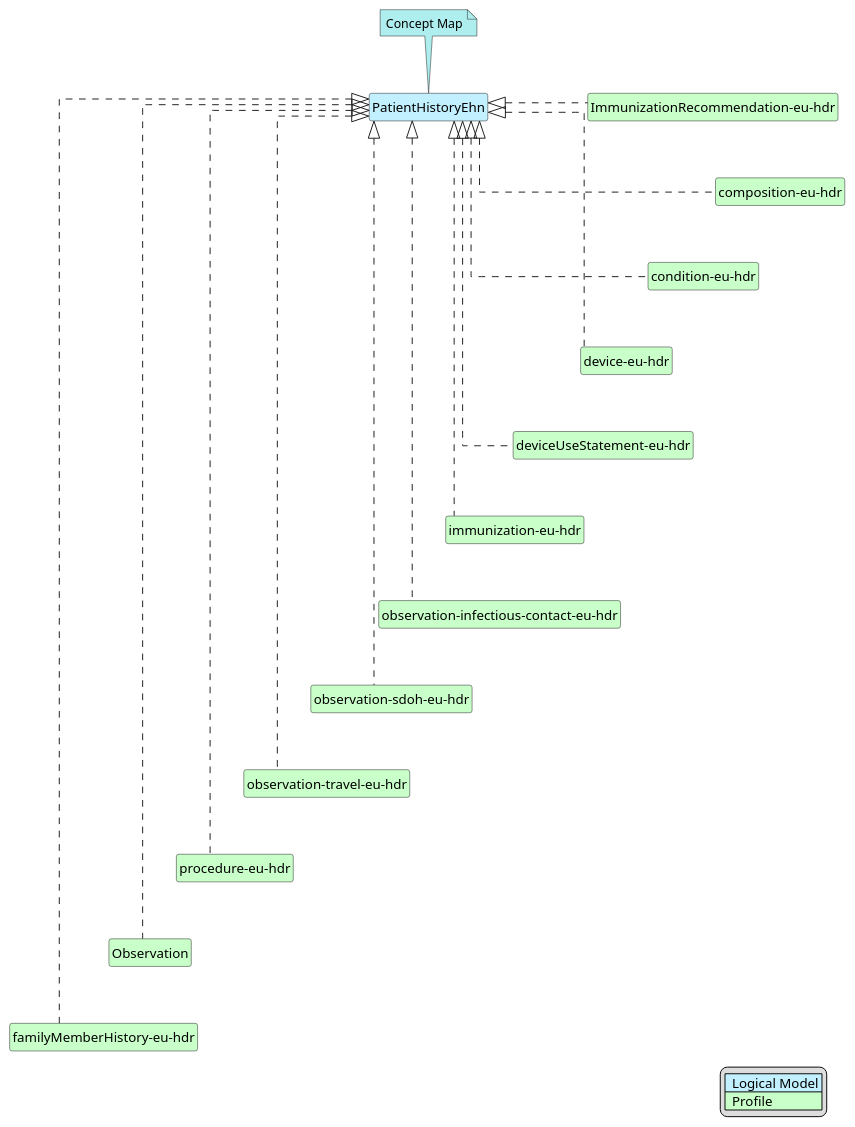
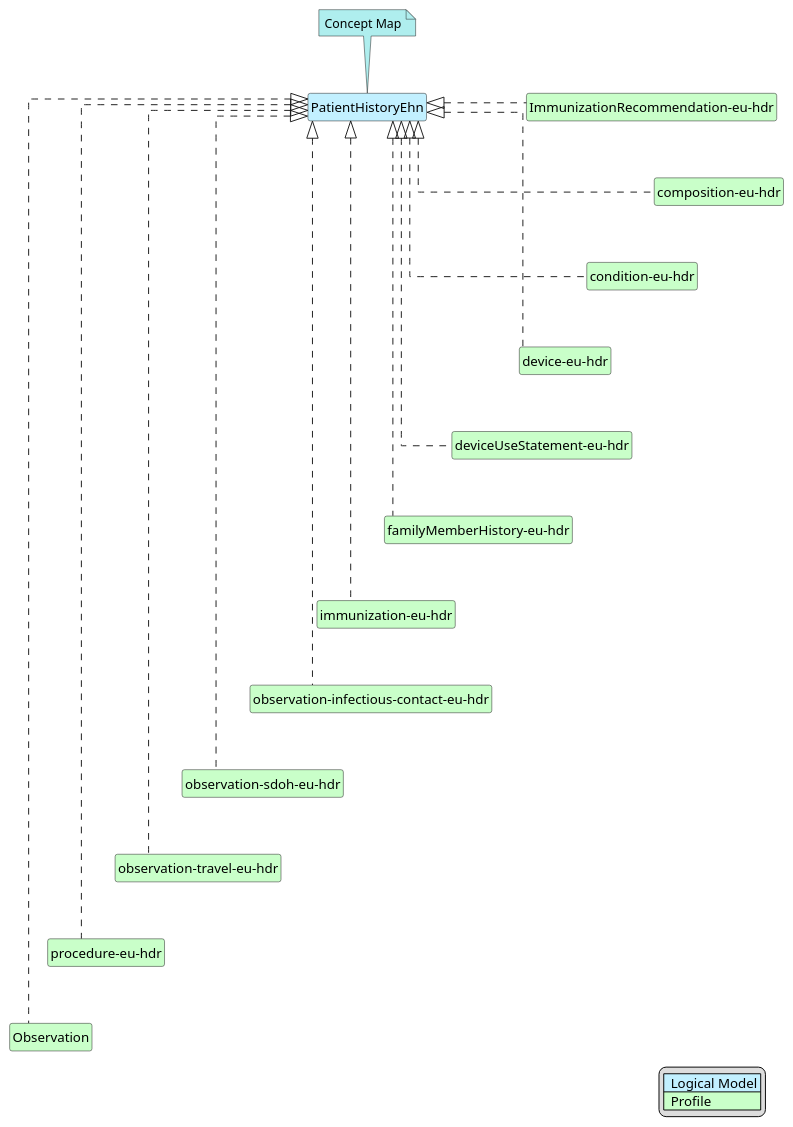
Before and after one commit to hl7-eu/hdr: the diagram in input/images-source/PatientHistoryEhn-map.plantuml, drawn with PlantUML. The commit also changed 15 other files, not shown here.

```diff
--- a/input/images-source/PatientHistoryEhn-map.plantuml
+++ b/input/images-source/PatientHistoryEhn-map.plantuml
@@ -1,54 +1,54 @@
 @startuml
 hide circle
 hide stereotype
 hide members
 hide methods
 skinparam linetype ortho
 skinparam class {
 BackgroundColor<<LogicalModel>> #APPLICATION
 BackgroundColor<<Profile>> #TECHNOLOGY
 }
 legend right
 | <#APPLICATION>  Logical Model |
 | <#TECHNOLOGY>  Profile |
 endlegend
 class "PatientHistoryEhn" <<LogicalModel>> [[StructureDefinition-PatientHistoryEhn.html]]
 note top #PaleTurquoise [[ConceptMap-patientHistory2FHIR-eu-hdr.html]]
 Concept Map
 endnote
 class "ImmunizationRecommendation-eu-hdr" <<Profile>> [[StructureDefinition-ImmunizationRecommendation-eu-hdr.html]]
 "PatientHistoryEhn" <|. "ImmunizationRecommendation-eu-hdr"
 class "composition-eu-hdr" <<Profile>> [[StructureDefinition-composition-eu-hdr.html]]
 "PatientHistoryEhn" <|. "composition-eu-hdr"
 "ImmunizationRecommendation-eu-hdr" -d[hidden]-> "composition-eu-hdr"
 class "condition-eu-hdr" <<Profile>> [[StructureDefinition-condition-eu-hdr.html]]
 "PatientHistoryEhn" <|. "condition-eu-hdr"
 "composition-eu-hdr" -d[hidden]-> "condition-eu-hdr"
 class "device-eu-hdr" <<Profile>> [[StructureDefinition-device-eu-hdr.html]]
 "PatientHistoryEhn" <|. "device-eu-hdr"
 "condition-eu-hdr" -d[hidden]-> "device-eu-hdr"
 class "deviceUseStatement-eu-hdr" <<Profile>> [[StructureDefinition-deviceUseStatement-eu-hdr.html]]
 "PatientHistoryEhn" <|. "deviceUseStatement-eu-hdr"
 "device-eu-hdr" -d[hidden]-> "deviceUseStatement-eu-hdr"
+class "familyMemberHistory-eu-hdr" <<Profile>> [[StructureDefinition-familyMemberHistory-eu-hdr.html]]
+"PatientHistoryEhn" <|. "familyMemberHistory-eu-hdr"
+"deviceUseStatement-eu-hdr" -d[hidden]-> "familyMemberHistory-eu-hdr"
 class "immunization-eu-hdr" <<Profile>> [[StructureDefinition-immunization-eu-hdr.html]]
 "PatientHistoryEhn" <|. "immunization-eu-hdr"
-"deviceUseStatement-eu-hdr" -d[hidden]-> "immunization-eu-hdr"
+"familyMemberHistory-eu-hdr" -d[hidden]-> "immunization-eu-hdr"
 class "observation-infectious-contact-eu-hdr" <<Profile>> [[StructureDefinition-observation-infectious-contact-eu-hdr.html]]
 "PatientHistoryEhn" <|. "observation-infectious-contact-eu-hdr"
 "immunization-eu-hdr" -d[hidden]-> "observation-infectious-contact-eu-hdr"
 class "observation-sdoh-eu-hdr" <<Profile>> [[StructureDefinition-observation-sdoh-eu-hdr.html]]
 "PatientHistoryEhn" <|. "observation-sdoh-eu-hdr"
 "observation-infectious-contact-eu-hdr" -d[hidden]-> "observation-sdoh-eu-hdr"
 class "observation-travel-eu-hdr" <<Profile>> [[StructureDefinition-observation-travel-eu-hdr.html]]
 "PatientHistoryEhn" <|. "observation-travel-eu-hdr"
 "observation-sdoh-eu-hdr" -d[hidden]-> "observation-travel-eu-hdr"
 class "procedure-eu-hdr" <<Profile>> [[StructureDefinition-procedure-eu-hdr.html]]
 "PatientHistoryEhn" <|. "procedure-eu-hdr"
 "observation-travel-eu-hdr" -d[hidden]-> "procedure-eu-hdr"
 class "Observation" <<Profile>> [[http://hl7.org/fhir/StructureDefinition/Observation]]
 "PatientHistoryEhn" <|. "Observation"
 "procedure-eu-hdr" -d[hidden]-> "Observation"
-class "familyMemberHistory-eu-hdr" <<Profile>> [[http://hl7.org/fhir/StructureDefinition/familyMemberHistory-eu-hdr]]
-"PatientHistoryEhn" <|. "familyMemberHistory-eu-hdr"
-"Observation" -d[hidden]-> "familyMemberHistory-eu-hdr"
 @enduml
```
